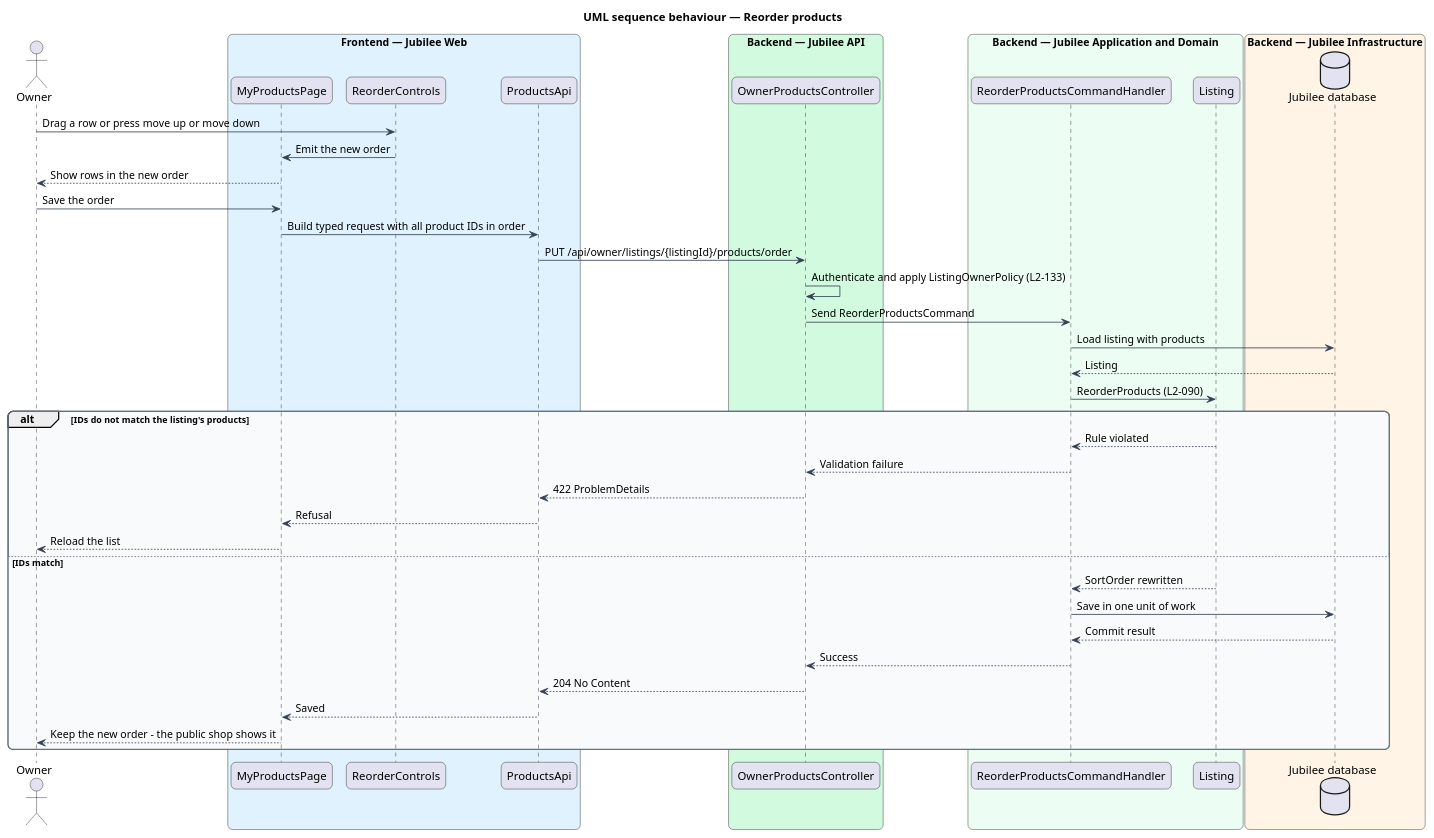
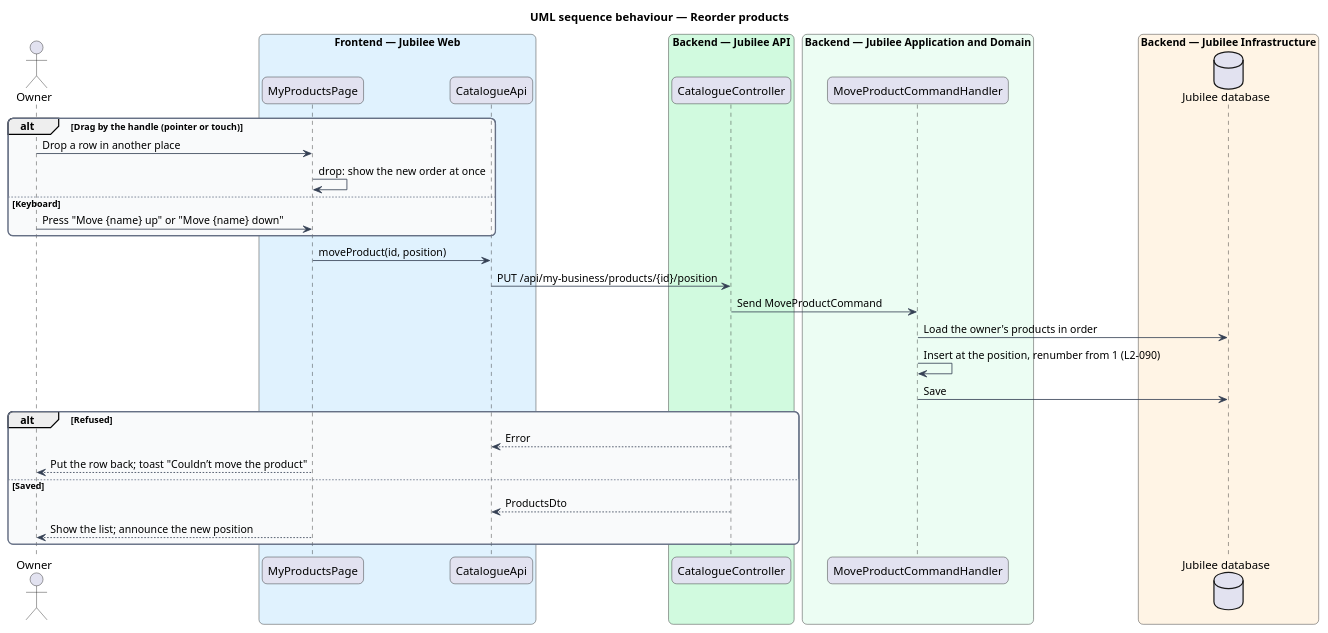
Before and after one commit to QuinntyneBrown/jubilee: the diagram in docs/detailed-designs/owner-workspace/manage-products/diagrams/sequence-reorder-products.puml, drawn with PlantUML. The commit also changed 57 other files, not shown here.

First line of the commit message:
Journey 16: requirements, ADR 0062, designs, mocks and design system for product photos, options, drag to reorder

```diff
--- a/docs/detailed-designs/owner-workspace/manage-products/diagrams/sequence-reorder-products.puml
+++ b/docs/detailed-designs/owner-workspace/manage-products/diagrams/sequence-reorder-products.puml
@@ -1,59 +1,50 @@
 @startuml
 title UML sequence behaviour — Reorder products
 skinparam backgroundColor #FFFFFF
 skinparam shadowing false
 skinparam roundcorner 12
 skinparam defaultFontName Arial
 skinparam ArrowColor #344054
 skinparam rectangle {
   BorderColor #344054
   FontColor #101828
 }
 skinparam package {
   BorderColor #667085
   FontColor #101828
   BackgroundColor #F9FAFB
 }
 actor "Owner" as actor
 box "Frontend — Jubilee Web" #E0F2FE
   participant "MyProductsPage" as page
-  participant "ReorderControls" as controls
-  participant "ProductsApi" as client
+  participant "CatalogueApi" as client
 end box
 box "Backend — Jubilee API" #D1FADF
-  participant "OwnerProductsController" as controller
+  participant "CatalogueController" as controller
 end box
 box "Backend — Jubilee Application and Domain" #ECFDF3
-  participant "ReorderProductsCommandHandler" as handler
-  participant "Listing" as entity
+  participant "MoveProductCommandHandler" as handler
 end box
 box "Backend — Jubilee Infrastructure" #FFF4E5
   database "Jubilee database" as db
 end box
-actor -> controls : Drag a row or press move up or move down
-controls -> page : Emit the new order
-page --> actor : Show rows in the new order
-actor -> page : Save the order
-page -> client : Build typed request with all product IDs in order
-client -> controller : PUT /api/owner/listings/{listingId}/products/order
-controller -> controller : Authenticate and apply ListingOwnerPolicy (L2-133)
-controller -> handler : Send ReorderProductsCommand
-handler -> db : Load listing with products
-db --> handler : Listing
-handler -> entity : ReorderProducts (L2-090)
-alt IDs do not match the listing's products
-  entity --> handler : Rule violated
-  handler --> controller : Validation failure
-  controller --> client : 422 ProblemDetails
-  client --> page : Refusal
-  page --> actor : Reload the list
-else IDs match
-  entity --> handler : SortOrder rewritten
-  handler -> db : Save in one unit of work
-  db --> handler : Commit result
-  handler --> controller : Success
-  controller --> client : 204 No Content
-  client --> page : Saved
-  page --> actor : Keep the new order - the public shop shows it
+alt Drag by the handle (pointer or touch)
+  actor -> page : Drop a row in another place
+  page -> page : drop: show the new order at once
+else Keyboard
+  actor -> page : Press "Move {name} up" or "Move {name} down"
+end
+page -> client : moveProduct(id, position)
+client -> controller : PUT /api/my-business/products/{id}/position
+controller -> handler : Send MoveProductCommand
+handler -> db : Load the owner's products in order
+handler -> handler : Insert at the position, renumber from 1 (L2-090)
+handler -> db : Save
+alt Refused
+  controller --> client : Error
+  page --> actor : Put the row back; toast "Couldn’t move the product"
+else Saved
+  controller --> client : ProductsDto
+  page --> actor : Show the list; announce the new position
 end
 @enduml
```
